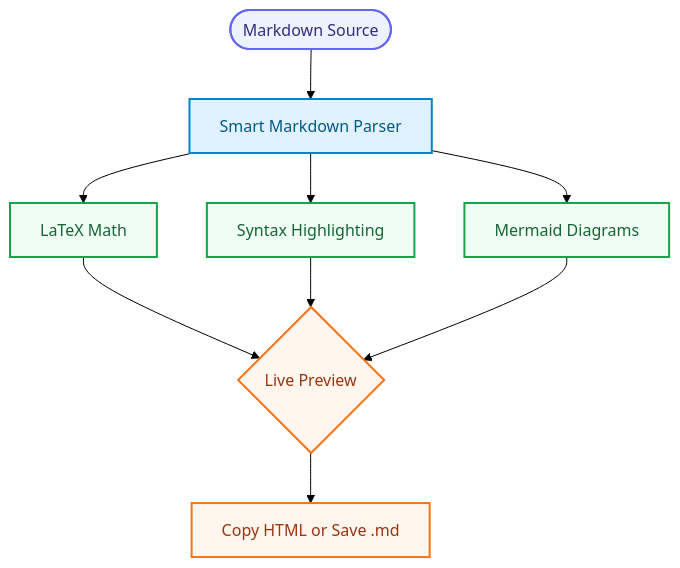
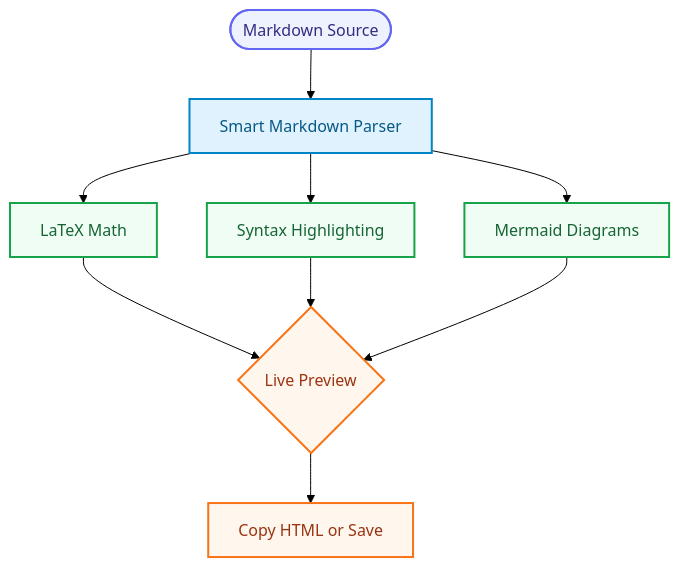
One commit to DoctorKhan/Lumina changed the diagram in src/example.md. Above: the diagram before and after it, drawn with Mermaid (forest theme). The commit also changed other lines of this file and 7 other files, not shown here.

````diff
--- a/src/example.md
+++ b/src/example.md
@@ -39,23 +39,23 @@
 ```mermaid
 flowchart TD
   source([Markdown Source]) --> parser[Smart Markdown Parser]
 
   parser --> math[LaTeX Math]
   parser --> code[Syntax Highlighting]
   parser --> diagrams[Mermaid Diagrams]
 
   math --> preview{Live Preview}
   code --> preview
   diagrams --> preview
-  preview --> export[Copy HTML or Save .md]
+  preview --> export[Copy HTML or Save]
 
   classDef source fill:#eef2ff,stroke:#6366f1,color:#312e81,stroke-width:2px
   classDef engine fill:#e0f2fe,stroke:#0284c7,color:#075985,stroke-width:2px
   classDef feature fill:#f0fdf4,stroke:#16a34a,color:#166534,stroke-width:2px
   classDef output fill:#fff7ed,stroke:#f97316,color:#9a3412,stroke-width:2px
 
   class source source
   class parser engine
   class math,code,diagrams feature
   class preview,export output
 ```
````
